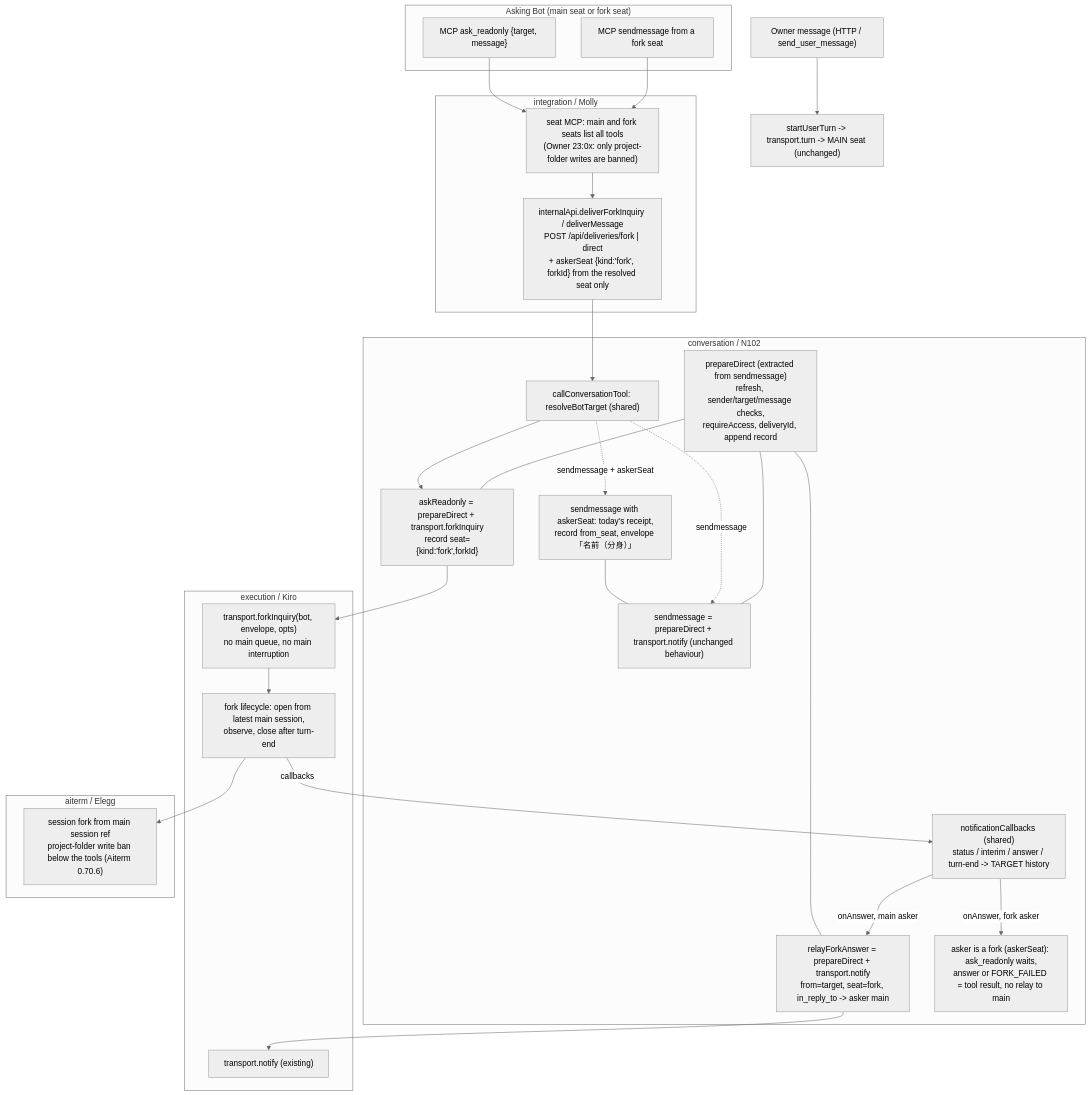
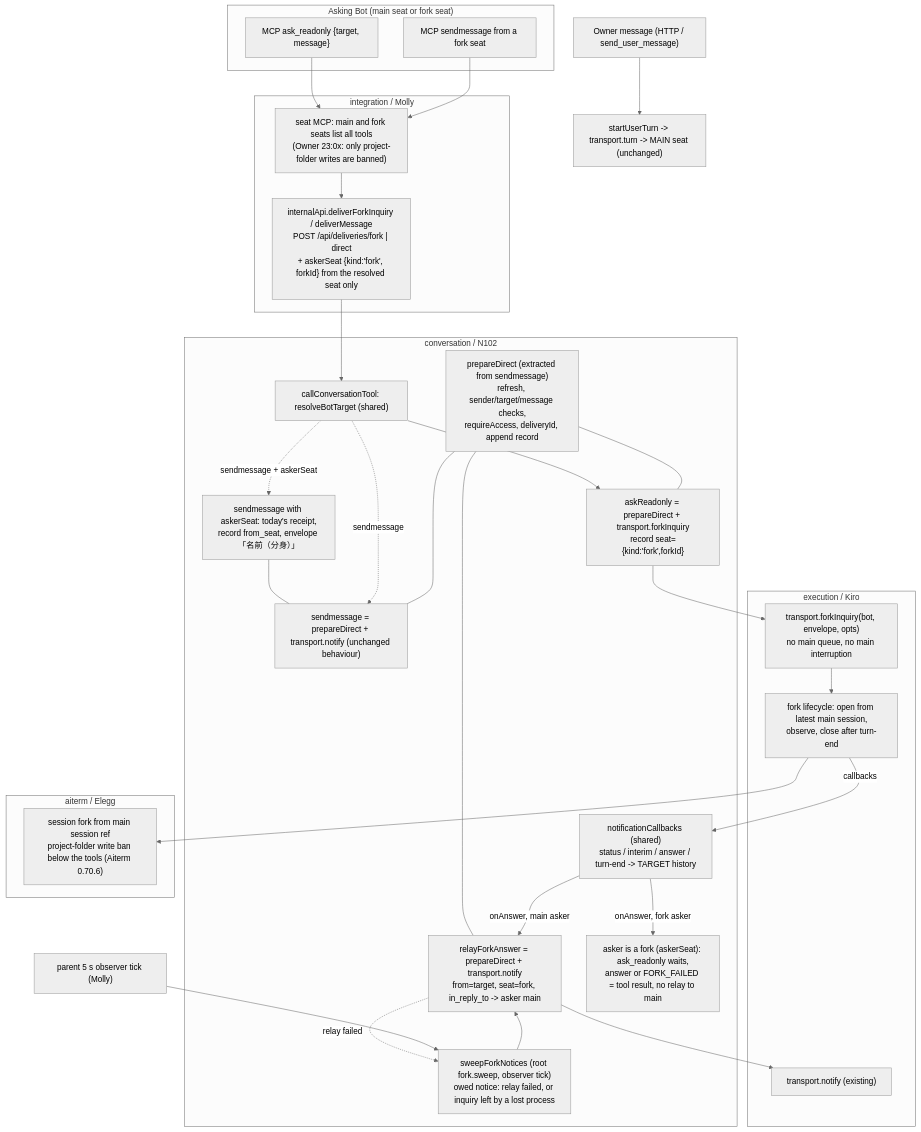
The first of 4 diagrams in docs/architecture/modules/conversation/fork-inquiry.md (kitepon/BellTeam), drawn with Mermaid (neutral theme) before and after one commit. The commit also changed other lines of this file and 10 other files, not shown here.

First line of the commit message:
Fork inquiry: an owed answer/failure notice survives a lost relay or a lost process

````diff
--- a/docs/architecture/modules/conversation/fork-inquiry.md
+++ b/docs/architecture/modules/conversation/fork-inquiry.md
@@ -11,41 +11,44 @@
 ```mermaid
 flowchart TD
   subgraph Asker["Asking Bot (main seat or fork seat)"]
     A1["MCP ask_readonly {target, message}"]
     A2["MCP sendmessage from a fork seat"]
   end
   subgraph Integration["integration / Molly"]
     I1["seat MCP: main and fork seats list all tools<br/>(Owner 23:0x: only project-folder writes are banned)"]
     I2["internalApi.deliverForkInquiry / deliverMessage<br/>POST /api/deliveries/fork | direct<br/>+ askerSeat {kind:'fork', forkId} from the resolved seat only"]
   end
   subgraph Conversation["conversation / N102"]
     C0["callConversationTool: resolveBotTarget (shared)"]
     C1["prepareDirect (extracted from sendmessage)<br/>refresh, sender/target/message checks,<br/>requireAccess, deliveryId, append record"]
     C2["sendmessage = prepareDirect + transport.notify (unchanged behaviour)"]
     C3["askReadonly = prepareDirect + transport.forkInquiry<br/>record seat={kind:'fork',forkId}"]
     C4["notificationCallbacks (shared)<br/>status / interim / answer / turn-end -> TARGET history"]
     C5["relayForkAnswer = prepareDirect + transport.notify<br/>from=target, seat=fork, in_reply_to -> asker main"]
     C6["asker is a fork (askerSeat): ask_readonly waits,<br/>answer or FORK_FAILED = tool result, no relay to main"]
     C7["sendmessage with askerSeat: today's receipt,<br/>record from_seat, envelope 「名前（分身）」"]
+    C8["sweepForkNotices (root fork.sweep, observer tick)<br/>owed notice: relay failed, or inquiry left by a lost process"]
   end
   subgraph Execution["execution / Kiro"]
     E1["transport.forkInquiry(bot, envelope, opts)<br/>no main queue, no main interruption"]
     E2["fork lifecycle: open from latest main session,<br/>observe, close after turn-end"]
     E3["transport.notify (existing)"]
   end
   subgraph Aiterm["aiterm / Elegg"]
     N1["session fork from main session ref<br/>project-folder write ban below the tools (Aiterm 0.70.6)"]
   end
   Owner["Owner message (HTTP / send_user_message)"] --> Main["startUserTurn -> transport.turn -> MAIN seat (unchanged)"]
   A1 --> I1 --> I2 --> C0 --> C3
   A2 --> I1
   C0 -.->|sendmessage + askerSeat| C7 --- C2
   C0 -.->|sendmessage| C2
   C1 --- C2
   C1 --- C3
   C1 --- C5
   C3 --> E1 --> E2 --> N1
   E2 -->|callbacks| C4
   C4 -->|onAnswer, main asker| C5 --> E3
   C4 -->|onAnswer, fork asker| C6
+  C5 -.->|relay failed| C8
+  Tick["parent 5 s observer tick (Molly)"] --> C8 --> C5
 ```
````
